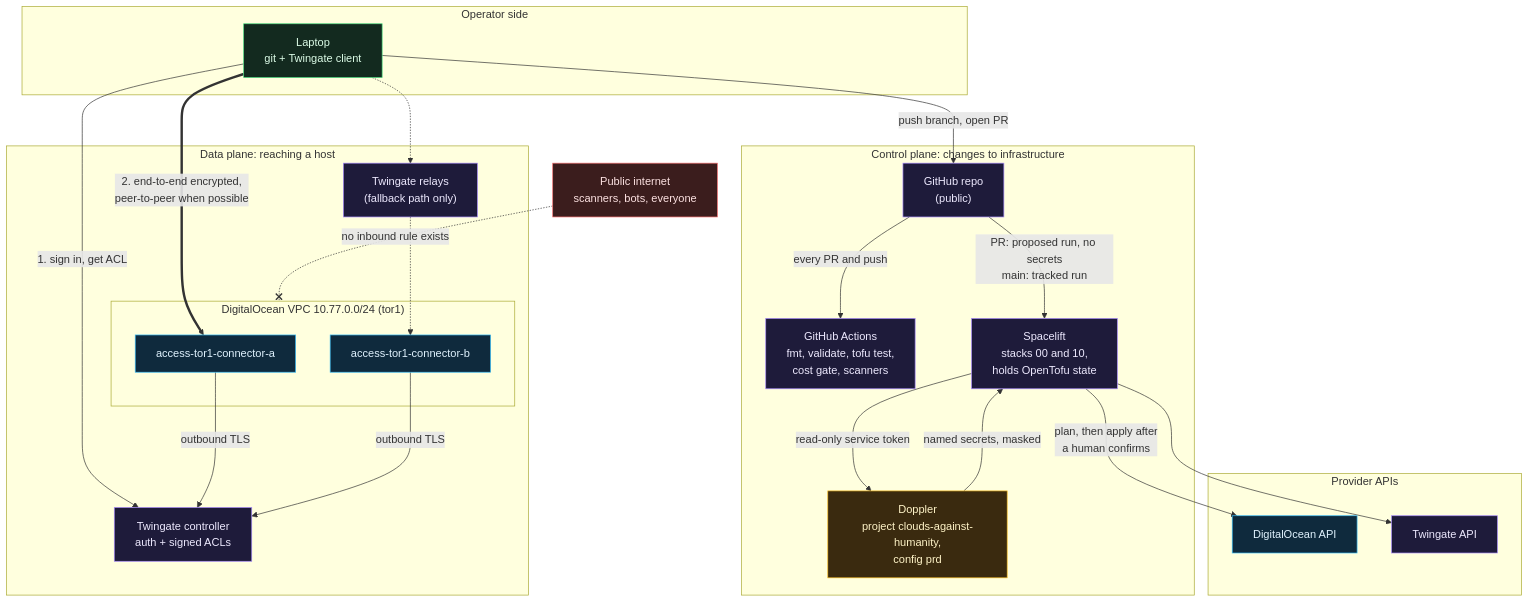
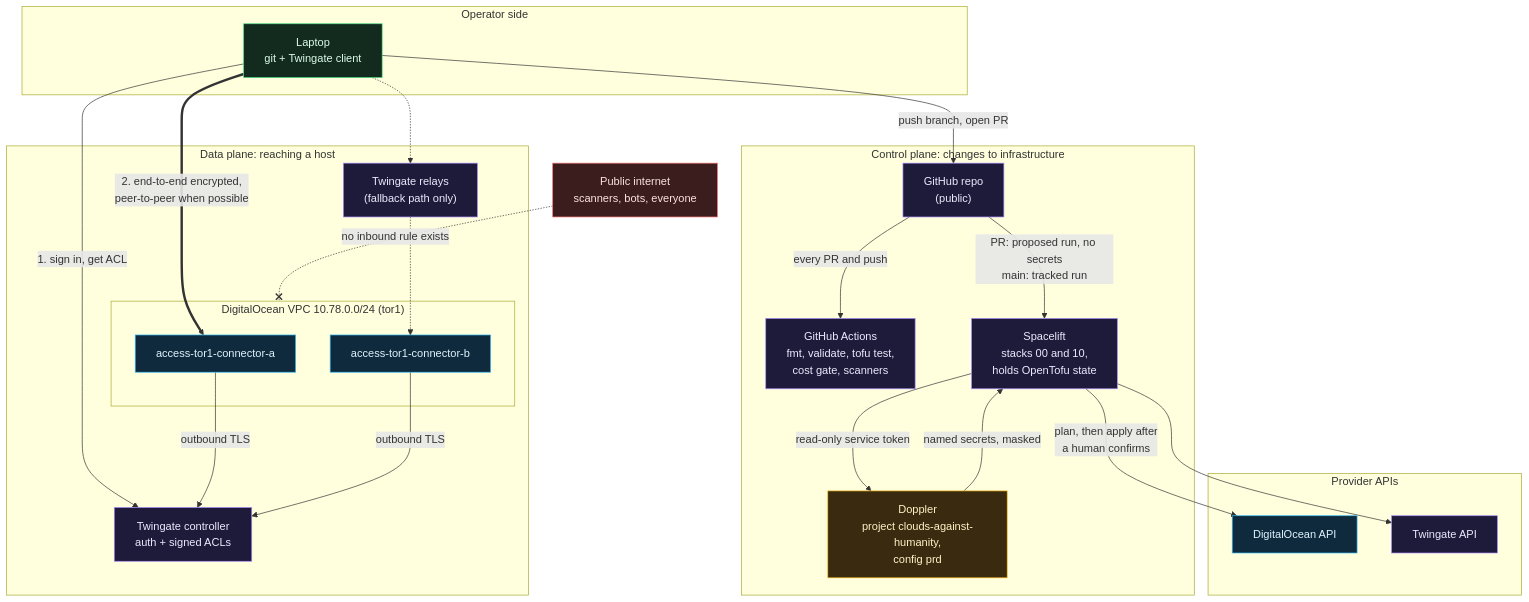
The first of 4 diagrams in docs/wiki/Architecture-Overview.md (ChiefGyk3D/Clouds-Against-Humanity), drawn with Mermaid before and after one commit. The commit also changed other lines of this file and 5 other files, not shown here.

````diff
--- a/docs/wiki/Architecture-Overview.md
+++ b/docs/wiki/Architecture-Overview.md
@@ -12,51 +12,51 @@
 ```mermaid
 flowchart TB
     subgraph operator["Operator side"]
         dev["Laptop<br/>git + Twingate client"]:::you
     end
 
     subgraph control["Control plane: changes to infrastructure"]
         gh["GitHub repo<br/>(public)"]:::ctrl
         ci["GitHub Actions<br/>fmt, validate, tofu test,<br/>cost gate, scanners"]:::ctrl
         sl["Spacelift<br/>stacks 00 and 10,<br/>holds OpenTofu state"]:::ctrl
         dp["Doppler<br/>project clouds-against-humanity,<br/>config prd"]:::secret
     end
 
     subgraph apis["Provider APIs"]
         doapi["DigitalOcean API"]:::cloud
         tgapi["Twingate API"]:::ctrl
     end
 
     subgraph dataplane["Data plane: reaching a host"]
         tgc["Twingate controller<br/>auth + signed ACLs"]:::ctrl
         relay["Twingate relays<br/>(fallback path only)"]:::ctrl
-        subgraph vpc["DigitalOcean VPC 10.77.0.0/24 (tor1)"]
+        subgraph vpc["DigitalOcean VPC 10.78.0.0/24 (tor1)"]
             ca["access-tor1-connector-a"]:::cloud
             cb["access-tor1-connector-b"]:::cloud
         end
     end
 
     internet["Public internet<br/>scanners, bots, everyone"]:::ext
 
     dev -- "push branch, open PR" --> gh
     gh -- "every PR and push" --> ci
     gh -- "PR: proposed run, no secrets<br/>main: tracked run" --> sl
     sl -- "read-only service token" --> dp
     dp -- "named secrets, masked" --> sl
     sl -- "plan, then apply after<br/>a human confirms" --> doapi
     sl --> tgapi
 
     dev -- "1. sign in, get ACL" --> tgc
     ca -- "outbound TLS" --> tgc
     cb -- "outbound TLS" --> tgc
     dev == "2. end-to-end encrypted,<br/>peer-to-peer when possible" ==> ca
     dev -.-> relay -.-> cb
 
     internet -. "no inbound rule exists" .-x vpc
 
     classDef you fill:#132a1f,stroke:#4ade80,color:#dcfce7
     classDef ext fill:#3b1d1d,stroke:#f87171,color:#fde2e2
     classDef ctrl fill:#1e1b3a,stroke:#a78bfa,color:#ede9fe
     classDef cloud fill:#0f2a3d,stroke:#38bdf8,color:#e0f2fe
     classDef secret fill:#3a2a0f,stroke:#fbbf24,color:#fef3c7
 ```
````
